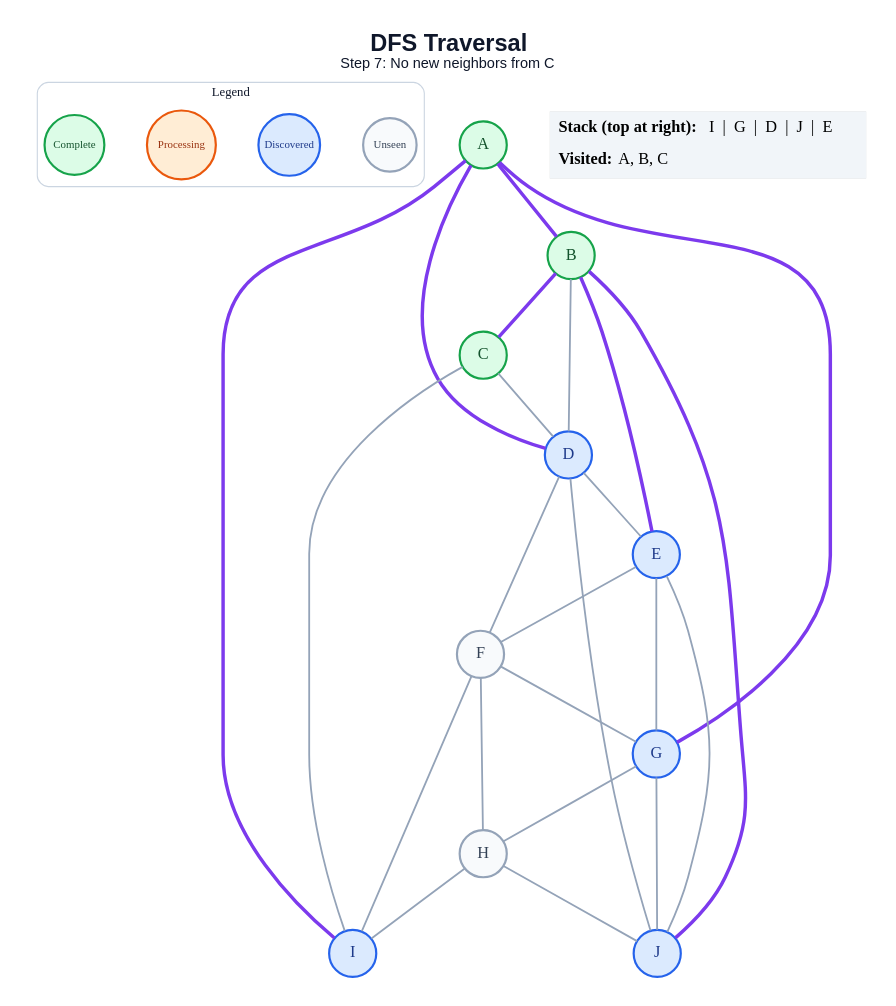
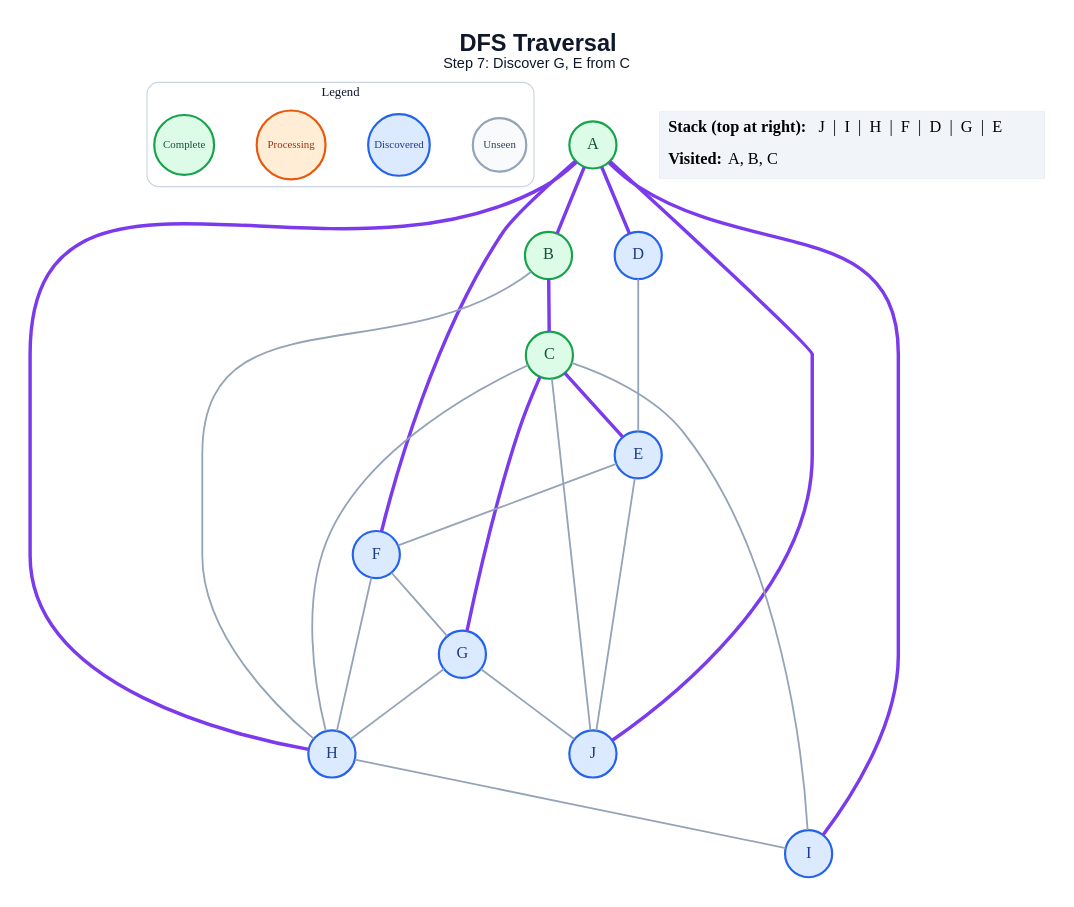
The diagram in generated/dfs/step_07.dot (amanghodawala9/ai-slop), drawn with Graphviz before and after one commit. The commit also changed 178 other files, not shown here.

```diff
--- a/generated/dfs/step_07.dot
+++ b/generated/dfs/step_07.dot
@@ -1,52 +1,50 @@
 graph traversal {
   graph [layout=dot, rankdir=TB, bgcolor="#FFFFFF", pad="0.35", nodesep="0.65", ranksep="0.8", fontname="Arial"];
   node [shape=circle, style="filled", fontname="Arial Bold", fontsize=18, width=0.72, fixedsize=true, penwidth=2.4];
   edge [color="#94A3B8", penwidth=2.0];
-  label=<<B>DFS Traversal</B><BR/><FONT POINT-SIZE="16">Step 7: No new neighbors from C</FONT>>; labelloc="t"; fontsize=26; fontname="Arial"; fontcolor="#0F172A";
+  label=<<B>DFS Traversal</B><BR/><FONT POINT-SIZE="16">Step 7: Discover G, E from C</FONT>>; labelloc="t"; fontsize=26; fontname="Arial"; fontcolor="#0F172A";
   subgraph cluster_legend { label="Legend"; color="#CBD5E1"; penwidth=1.2; style="rounded"; fontsize=14; fontname="Arial Bold";
     key_unseen [label="Unseen", fillcolor="#F8FAFC", color="#94A3B8", fontcolor="#334155", fontsize=12, width=0.82];
     key_frontier [label="Discovered", fillcolor="#DBEAFE", color="#2563EB", fontcolor="#1E3A8A", fontsize=12, width=0.95];
     key_current [label="Processing", fillcolor="#FFEDD5", color="#EA580C", fontcolor="#9A3412", fontsize=12, width=1.05];
     key_done [label="Complete", fillcolor="#DCFCE7", color="#16A34A", fontcolor="#14532D", fontsize=12, width=0.92];
     { rank=same; key_unseen; key_frontier; key_current; key_done; }
   }
   A [fillcolor="#DCFCE7", color="#16A34A", fontcolor="#14532D"];
   B [fillcolor="#DCFCE7", color="#16A34A", fontcolor="#14532D"];
   C [fillcolor="#DCFCE7", color="#16A34A", fontcolor="#14532D"];
   D [fillcolor="#DBEAFE", color="#2563EB", fontcolor="#1E3A8A"];
   E [fillcolor="#DBEAFE", color="#2563EB", fontcolor="#1E3A8A"];
-  F [fillcolor="#F8FAFC", color="#94A3B8", fontcolor="#334155"];
+  F [fillcolor="#DBEAFE", color="#2563EB", fontcolor="#1E3A8A"];
   G [fillcolor="#DBEAFE", color="#2563EB", fontcolor="#1E3A8A"];
-  H [fillcolor="#F8FAFC", color="#94A3B8", fontcolor="#334155"];
+  H [fillcolor="#DBEAFE", color="#2563EB", fontcolor="#1E3A8A"];
   I [fillcolor="#DBEAFE", color="#2563EB", fontcolor="#1E3A8A"];
   J [fillcolor="#DBEAFE", color="#2563EB", fontcolor="#1E3A8A"];
   A -- B [color="#7C3AED", penwidth=3.8];
   A -- D [color="#7C3AED", penwidth=3.8];
-  A -- G [color="#7C3AED", penwidth=3.8];
+  A -- F [color="#7C3AED", penwidth=3.8];
+  A -- H [color="#7C3AED", penwidth=3.8];
   A -- I [color="#7C3AED", penwidth=3.8];
+  A -- J [color="#7C3AED", penwidth=3.8];
   B -- C [color="#7C3AED", penwidth=3.8];
-  B -- D;
-  B -- E [color="#7C3AED", penwidth=3.8];
-  B -- J [color="#7C3AED", penwidth=3.8];
-  C -- D;
+  B -- H;
+  C -- E [color="#7C3AED", penwidth=3.8];
+  C -- G [color="#7C3AED", penwidth=3.8];
+  C -- H;
   C -- I;
+  C -- J;
   D -- E;
-  D -- F;
-  D -- J;
   E -- F;
-  E -- G;
   E -- J;
   F -- G;
   F -- H;
-  F -- I;
   G -- H;
   G -- J;
   H -- I;
-  H -- J;
   status [shape=plain, fixedsize=false, width=0, height=0, margin=0, label=<
     <TABLE BORDER="0" CELLBORDER="0" CELLPADDING="7" BGCOLOR="#F1F5F9">
-      <TR><TD ALIGN="LEFT"><B>Stack (top at right):</B> I  |  G  |  D  |  J  |  E</TD></TR>
+      <TR><TD ALIGN="LEFT"><B>Stack (top at right):</B> J  |  I  |  H  |  F  |  D  |  G  |  E</TD></TR>
       <TR><TD ALIGN="LEFT"><B>Visited:</B> A, B, C</TD></TR>
     </TABLE>
   >];
 }
```
